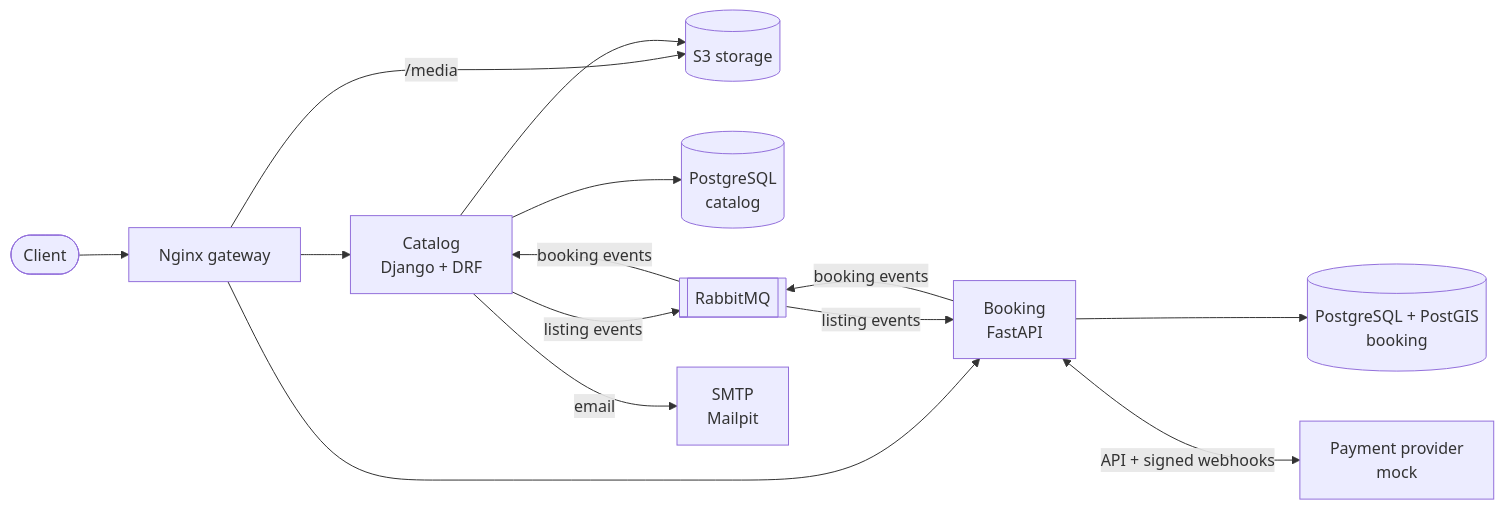
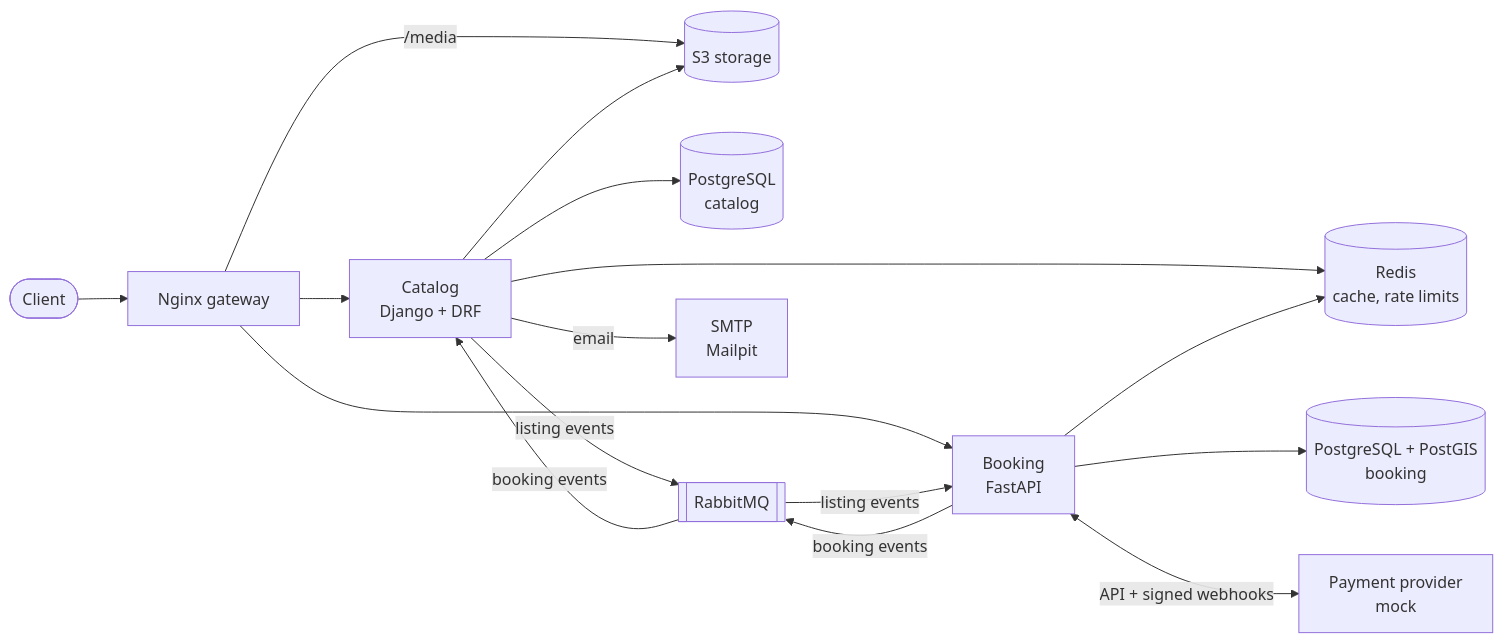
One commit to Nersaa/booking-platform changed the first of 4 diagrams in README.md. Above: the diagram before and after it, drawn with Mermaid. The commit also changed other lines of this file and 61 other files, not shown here.

````diff
--- a/README.md
+++ b/README.md
@@ -11,16 +11,17 @@
 ```mermaid
 flowchart LR
     client([Client]) --> nginx[Nginx gateway]
     nginx --> catalog[Catalog<br/>Django + DRF]
     nginx --> booking[Booking<br/>FastAPI]
     nginx -- /media --> s3[(S3 storage)]
     catalog --> catalogdb[(PostgreSQL<br/>catalog)]
     booking --> bookingdb[(PostgreSQL + PostGIS<br/>booking)]
+    catalog & booking --> redis[(Redis<br/>cache, rate limits)]
     catalog -- listing events --> mq[[RabbitMQ]]
     mq -- listing events --> booking
     booking -- booking events --> mq
     mq -- booking events --> catalog
     catalog --> s3
     booking <-- API + signed webhooks --> pay[Payment provider<br/>mock]
     catalog -- email --> smtp[SMTP<br/>Mailpit]
 ```
````
